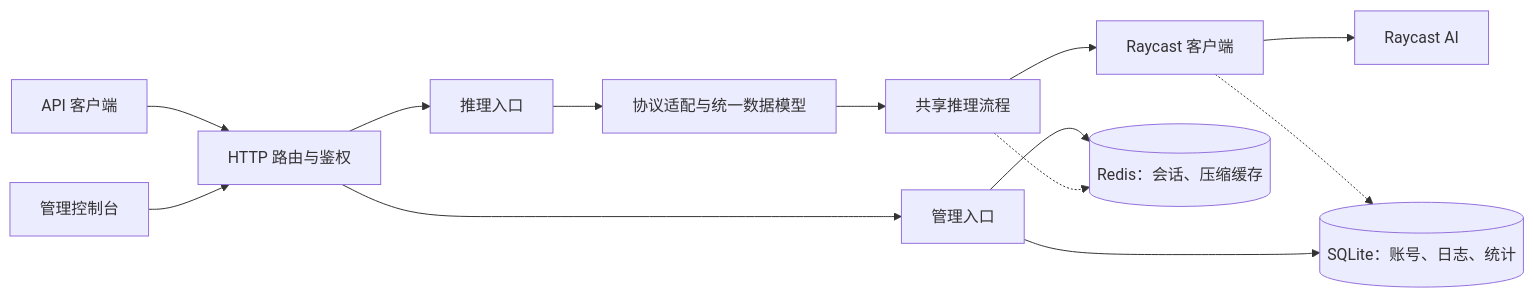
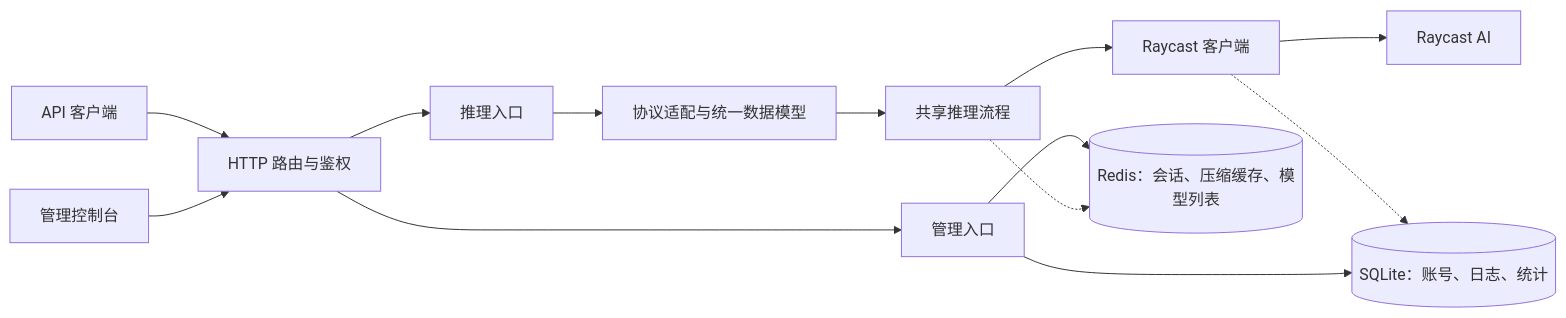
Before and after one commit to jwyGithub/raycast2api: the diagram in README.md, drawn with Mermaid. The commit also changed other lines of this file and 7 other files, not shown here.

````diff
--- a/README.md
+++ b/README.md
@@ -166,15 +166,15 @@
 ```mermaid
 flowchart LR
     Client["API 客户端"] --> HTTP["HTTP 路由与鉴权"]
     Console["管理控制台"] --> HTTP
     HTTP --> Inference["推理入口"]
     HTTP --> Management["管理入口"]
     Inference --> Protocol["协议适配与统一数据模型"]
     Protocol --> Pipeline["共享推理流程"]
     Pipeline --> Raycast["Raycast 客户端"]
     Raycast --> Service["Raycast AI"]
     Raycast -.-> SQLite[("SQLite：账号、日志、统计")]
     Management --> SQLite
-    Management --> Redis[("Redis：会话、压缩缓存")]
+    Management --> Redis[("Redis：会话、压缩缓存、模型列表")]
     Pipeline -.-> Redis
 ```
````
